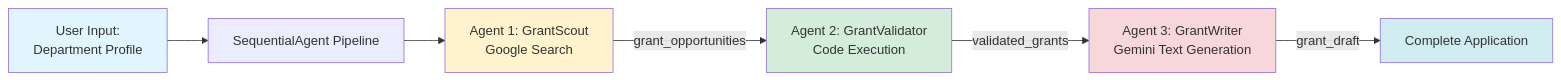
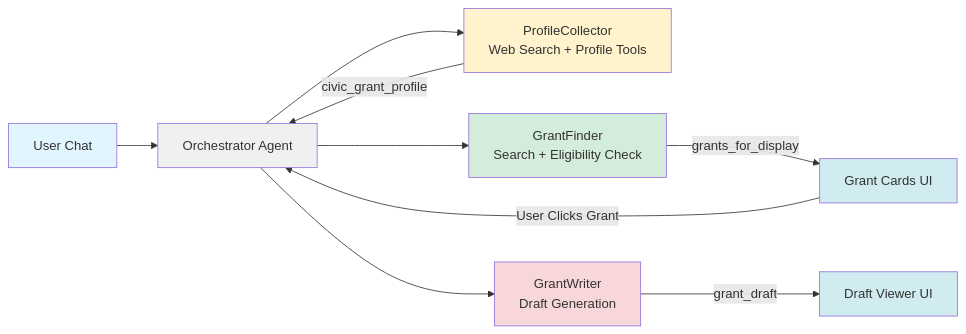
One commit to xomanova/civic-grant-agent-core changed the diagram in README.md. Above: the diagram before and after it, drawn with Mermaid. The commit also changed other lines of this file and 13 other files, not shown here.

````diff
--- a/README.md
+++ b/README.md
@@ -81,14 +88,19 @@
 ```mermaid
 graph LR
-    A[User Input:<br/>Department Profile] --> B[SequentialAgent Pipeline]
-    B --> C[Agent 1: GrantScout<br/>Google Search]
-    C -->|grant_opportunities| D[Agent 2: GrantValidator<br/>Code Execution]
-    D -->|validated_grants| E[Agent 3: GrantWriter<br/>Gemini Text Generation]
-    E -->|grant_draft| F[Complete Application]
+    A[User Chat] --> B[Orchestrator Agent]
+    B --> C[ProfileCollector<br/>Web Search + Profile Tools]
+    C -->|civic_grant_profile| B
+    B --> D[GrantFinder<br/>Search + Eligibility Check]
+    D -->|grants_for_display| E[Grant Cards UI]
+    E -->|User Clicks Grant| B
+    B --> F[GrantWriter<br/>Draft Generation]
+    F -->|grant_draft| G[Draft Viewer UI]
     
     style A fill:#e1f5ff
+    style B fill:#f0f0f0
     style C fill:#fff3cd
     style D fill:#d4edda
-    style E fill:#f8d7da
-    style F fill:#d1ecf1
+    style F fill:#f8d7da
+    style E fill:#d1ecf1
+    style G fill:#d1ecf1
 ```
````
